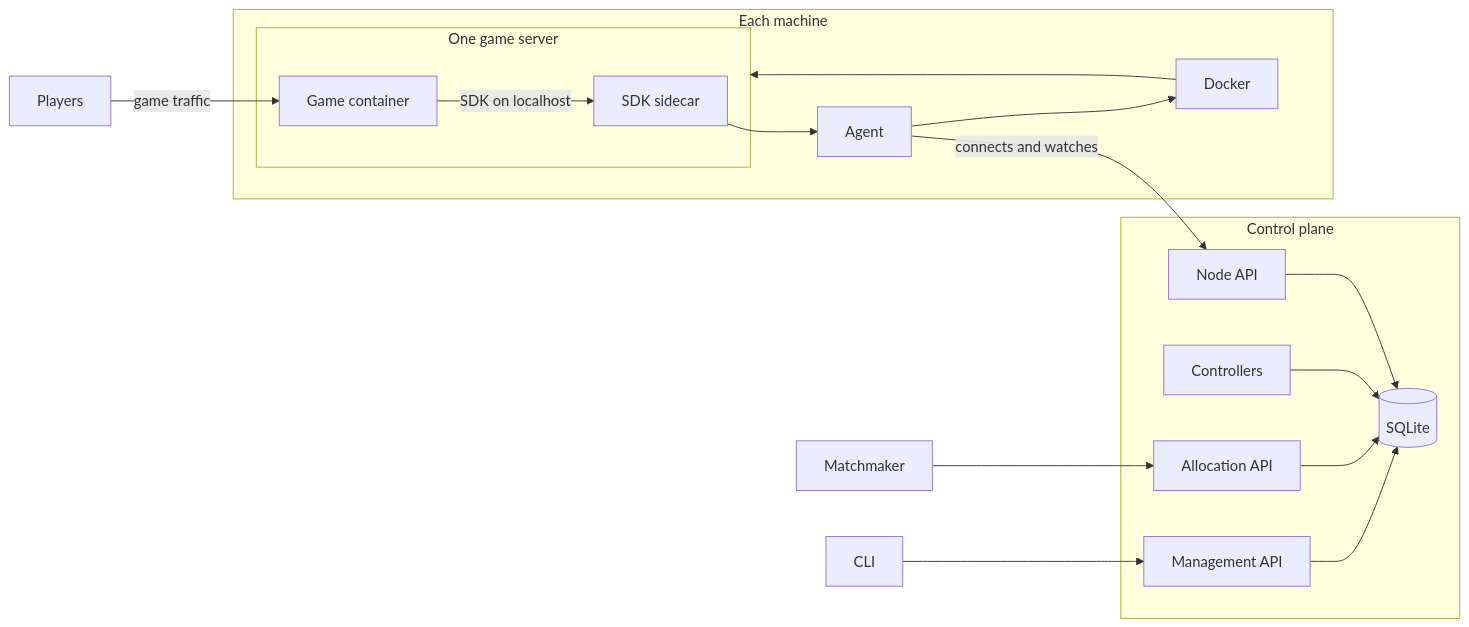
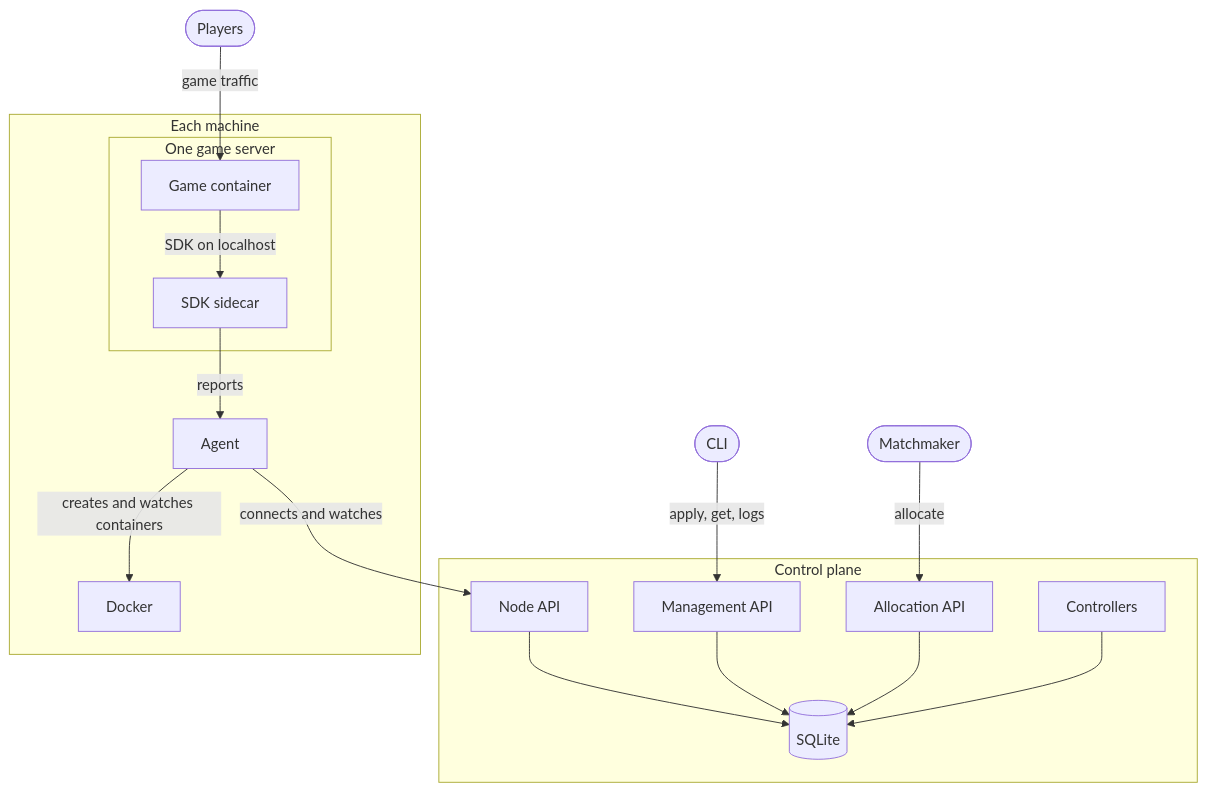
One commit to ponyo877/agones-lite changed the diagram in README.md. Above: the diagram before and after it, drawn with Mermaid. The commit also changed other lines of this file, not shown here.

Commit message:
docs: the diagram of the parts reads from top to bottom
Laid out from left to right it was as wide as the page and its words
too small to read. The table of measurements gets headings.

````diff
--- a/README.md
+++ b/README.md
@@ -99,36 +99,32 @@
 ```mermaid
-flowchart LR
-  cli[CLI]
-  mm[Matchmaker]
-  player[Players]
+flowchart TB
+  players(["Players"])
+  cli(["CLI"])
+  mm(["Matchmaker"])
 
-  subgraph cp[Control plane]
-    api[Management API]
-    alloc[Allocation API]
-    ctrl[Controllers]
-    store[(SQLite)]
-    nodeapi[Node API]
-    api --> store
-    alloc --> store
-    ctrl --> store
-    nodeapi --> store
+  subgraph node["Each machine"]
+    subgraph gs["One game server"]
+      game["Game container"]
+      sidecar["SDK sidecar"]
+    end
+    agent["Agent"]
+    docker["Docker"]
   end
 
-  subgraph node[Each machine]
-    agent[Agent]
-    docker[Docker]
-    subgraph gs[One game server]
-      sidecar[SDK sidecar]
-      game[Game container]
-    end
-    agent --> docker
-    docker --> gs
-    game -- SDK on localhost --> sidecar
-    sidecar --> agent
+  subgraph cp["Control plane"]
+    nodeapi["Node API"]
+    api["Management API"]
+    alloc["Allocation API"]
+    ctrl["Controllers"]
+    store[("SQLite")]
   end
 
-  cli --> api
-  mm --> alloc
-  player -- game traffic --> game
+  players -- game traffic --> game
+  game -- SDK on localhost --> sidecar
+  sidecar -- reports --> agent
+  agent -- creates and watches containers --> docker
   agent -- connects and watches --> nodeapi
+  cli -- apply, get, logs --> api
+  mm -- allocate --> alloc
+  nodeapi & api & alloc & ctrl --> store
 ```
````
